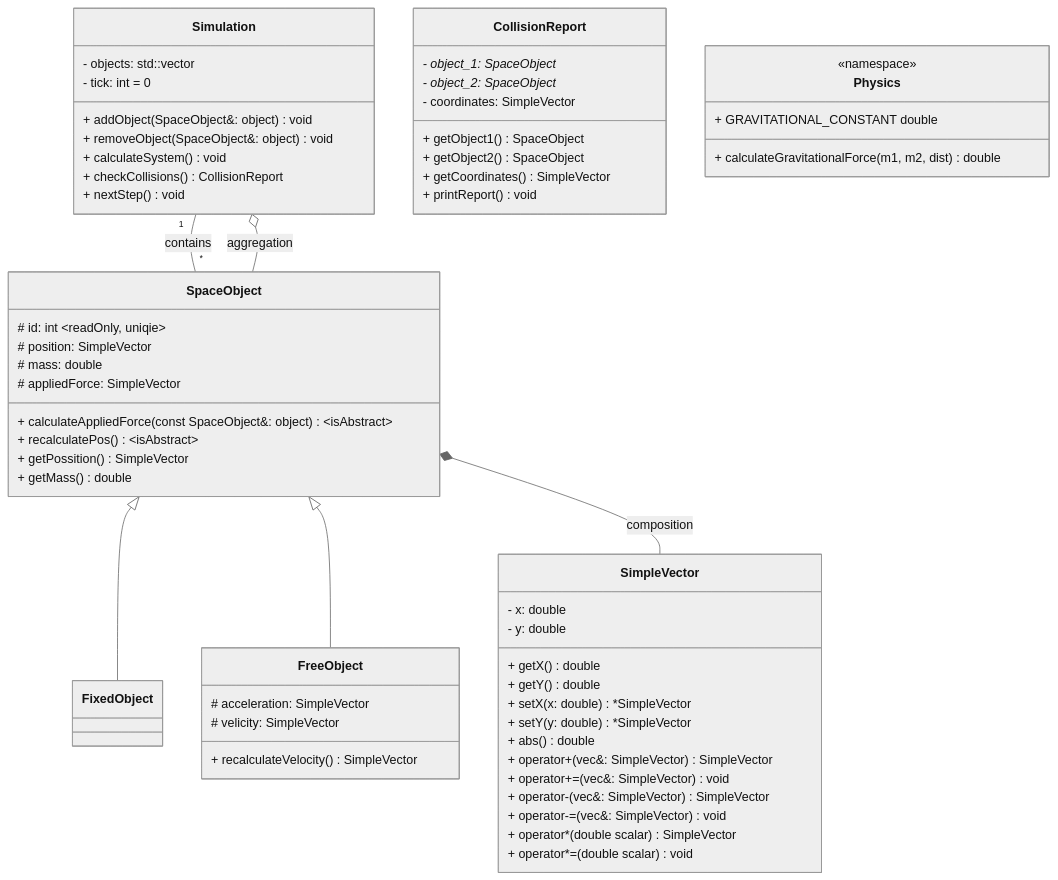
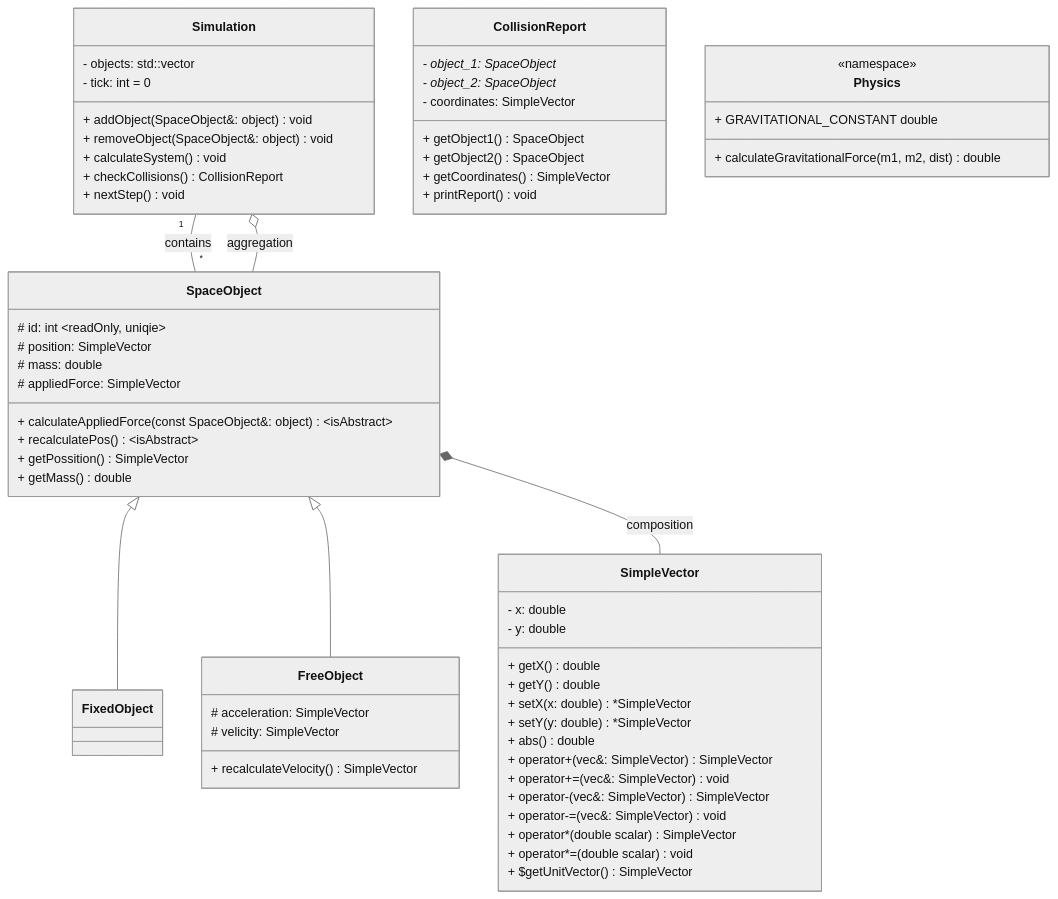
Before and after one commit to kotenko-o/simple-orbit-simulator: the diagram in docs/classDiagram.mmd, drawn with Mermaid (neutral theme). The commit also changed 3 other files, not shown here.

Commit message:
feat: add getUnitVector method

```diff
--- a/docs/classDiagram.mmd
+++ b/docs/classDiagram.mmd
@@ -1,71 +1,72 @@
 classDiagram
 
     SpaceObject <|-- FixedObject
     SpaceObject <|-- FreeObject
     Simulation "1" -- "*" SpaceObject : contains
 
     SpaceObject *-- SimpleVector : composition
     Simulation o-- SpaceObject : aggregation
     
     class Simulation {
         - objects: std::vector<SpaceObject*>
         - tick: int = 0
         + addObject(SpaceObject&: object) void
         + removeObject(SpaceObject&: object) void
         + calculateSystem() void
         + checkCollisions() CollisionReport
         + nextStep() void
     }
 
     class SpaceObject {
         # id: int ~readOnly, uniqie~
         # position: SimpleVector
         # mass: double
         # appliedForce: SimpleVector
         + calculateAppliedForce(const SpaceObject&: object) ~isAbstract~
         + recalculatePos() ~isAbstract~
         + getPossition() SimpleVector
         + getMass() double
     }
 
     class FixedObject {
         
     }
 
     class FreeObject {
         # acceleration: SimpleVector
         # velicity: SimpleVector
         + recalculateVelocity() SimpleVector
     }
 
     class SimpleVector {
         - x: double
         - y: double
         + getX() double
         + getY() double
         + setX(x: double) *SimpleVector
         + setY(y: double) *SimpleVector
         + abs() double
         + operator+(vec&: SimpleVector) SimpleVector
         + operator+=(vec&: SimpleVector) void
         + operator-(vec&: SimpleVector) SimpleVector
         + operator-=(vec&: SimpleVector) void
         + operator*(double scalar) SimpleVector
         + operator*=(double scalar) void
+        + $getUnitVector() SimpleVector
     }
 
     class CollisionReport {
         - object_1: SpaceObject*
         - object_2: SpaceObject*
         - coordinates: SimpleVector
         + getObject1() SpaceObject
         + getObject2() SpaceObject
         + getCoordinates() SimpleVector
         + printReport() void
     }
 
     class Physics {
         <<namespace>>
         + GRAVITATIONAL_CONSTANT double
         + calculateGravitationalForce(m1, m2, dist) double
     }
```
